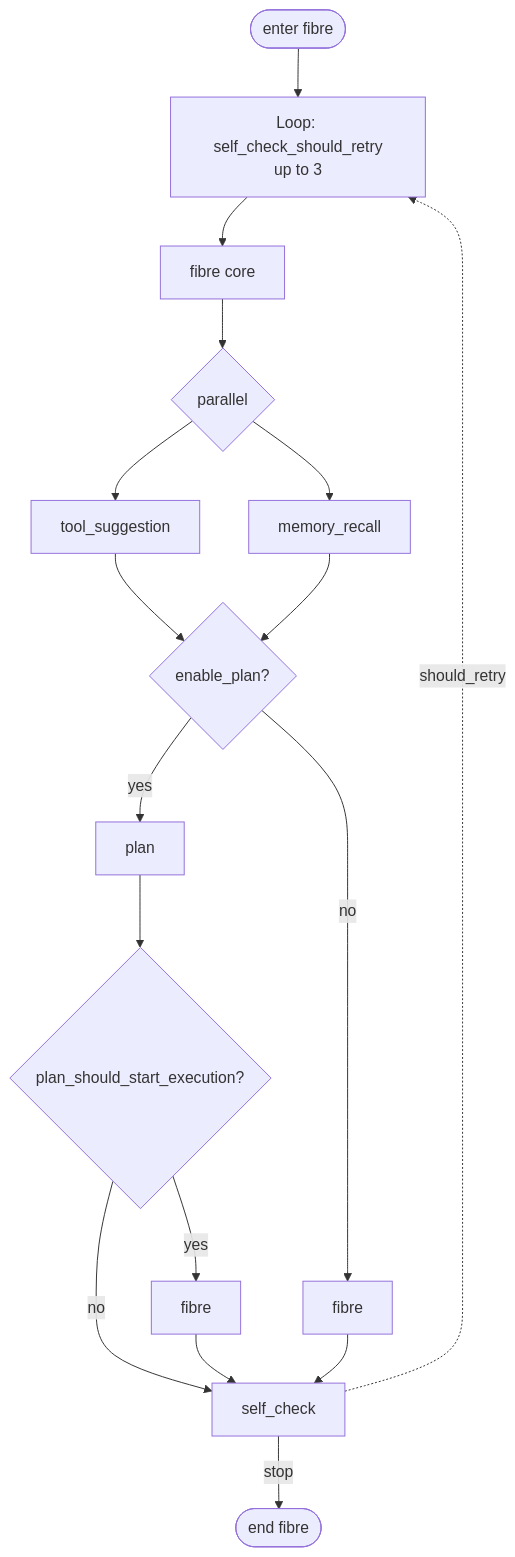
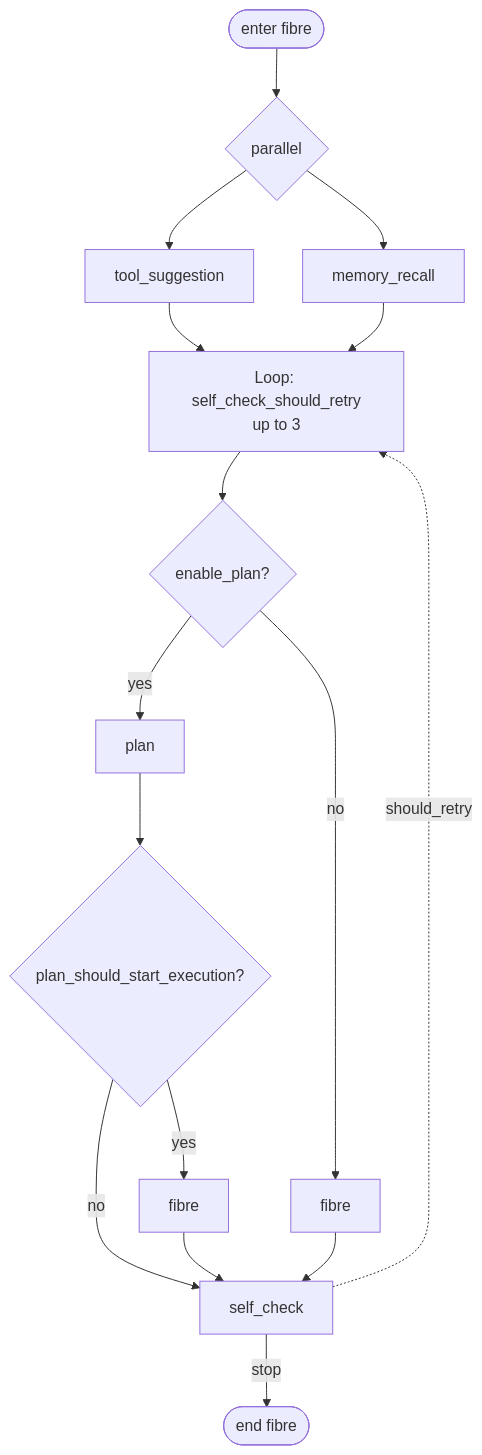
The ninth of 9 diagrams in docs/en/architecture/ARCHITECTURE_SAGENTS_AGENT_FLOW.md (ZHangZHengEric/Sage), drawn with Mermaid before and after one commit. The commit also changed other lines of this file and 141 other files, not shown here.

````diff
--- a/docs/en/architecture/ARCHITECTURE_SAGENTS_AGENT_FLOW.md
+++ b/docs/en/architecture/ARCHITECTURE_SAGENTS_AGENT_FLOW.md
@@ -228,20 +196,19 @@
 ```mermaid
 flowchart TB
-    F0([enter fibre]) --> Loop2[Loop: self_check_should_retry<br/>up to 3]
-    Loop2 --> Core[fibre core]
-    Core --> Par2{parallel}
+    F0([enter fibre]) --> Par2{parallel}
     Par2 --> TS2[tool_suggestion]
     Par2 --> R2[memory_recall]
-    TS2 --> If3
-    R2 --> If3
+    TS2 --> Loop2
+    R2 --> Loop2
+    Loop2[Loop: self_check_should_retry<br/>up to 3] --> If3
     If3{enable_plan?}
     If3 -->|yes| Plan2[plan] --> If4{plan_should_start_execution?}
     If4 -->|yes| FibA[fibre]
     If4 -->|no| SC
     If3 -->|no| FibB[fibre]
     FibA --> SC
     FibB --> SC
     SC[self_check]
     SC -.should_retry.-> Loop2
     SC -->|stop| EndF([end fibre])
 ```
````
